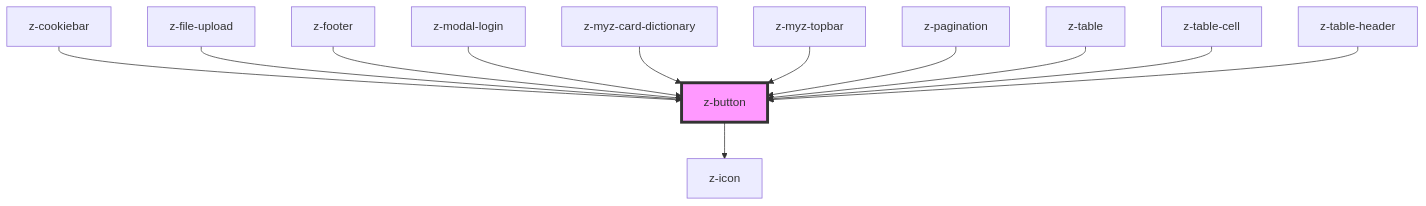
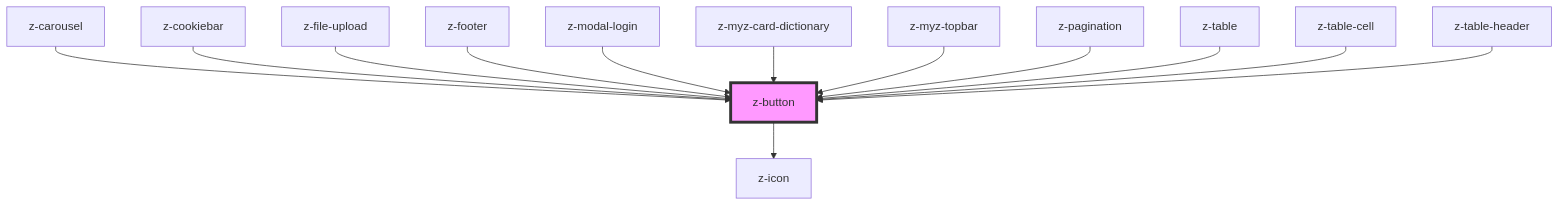
The diagram in src/components/buttons/z-button/readme.md (ZanichelliEditore/design-system), drawn with Mermaid before and after one commit. The commit also changed other lines of this file and 7 other files, not shown here.

````diff
--- a/src/components/buttons/z-button/readme.md
+++ b/src/components/buttons/z-button/readme.md
@@ -74,15 +75,16 @@
 ```mermaid
 graph TD;
   z-button --> z-icon
+  z-carousel --> z-button
   z-cookiebar --> z-button
   z-file-upload --> z-button
   z-footer --> z-button
   z-modal-login --> z-button
   z-myz-card-dictionary --> z-button
   z-myz-topbar --> z-button
   z-pagination --> z-button
   z-table --> z-button
   z-table-cell --> z-button
   z-table-header --> z-button
   style z-button fill:#f9f,stroke:#333,stroke-width:4px
 ```
````
